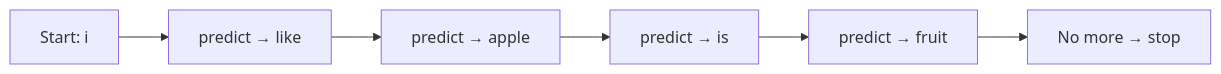
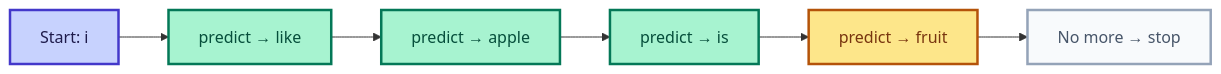
Before and after one commit to bhNibir/build-own-llm: the diagram in content/docs/part-02-bigram/04-generate.mdx, drawn with Mermaid. The commit also changed 22 other files, not shown here.

First line of the commit message:
Refactor Mermaid and diagram styles for improved readability and consistency

````diff
--- a/content/docs/part-02-bigram/04-generate.mdx
+++ b/content/docs/part-02-bigram/04-generate.mdx
@@ -16,8 +16,12 @@
 ```mermaid
 flowchart LR
-    start["Start: i"] --> p1["predict → like"]
-    p1 --> p2["predict → apple"]
-    p2 --> p3["predict → is"]
-    p3 --> p4["predict → fruit"]
-    p4 --> stop["No more → stop"]
+    start["Start: i"]:::input --> p1["predict → like"]:::process
+    p1 --> p2["predict → apple"]:::process
+    p2 --> p3["predict → is"]:::process
+    p3 --> p4["predict → fruit"]:::output
+    p4 --> stop["No more → stop"]:::dim
+    classDef input fill:#C7D2FE,color:#1E1B4B,stroke:#4338CA,stroke-width:2.5px
+    classDef process fill:#A7F3D0,color:#064E3B,stroke:#047857,stroke-width:2.5px
+    classDef output fill:#FDE68A,color:#78350F,stroke:#B45309,stroke-width:2.5px
+    classDef dim fill:#F8FAFC,color:#475569,stroke:#94A3B8,stroke-width:2.5px
 ```
````
